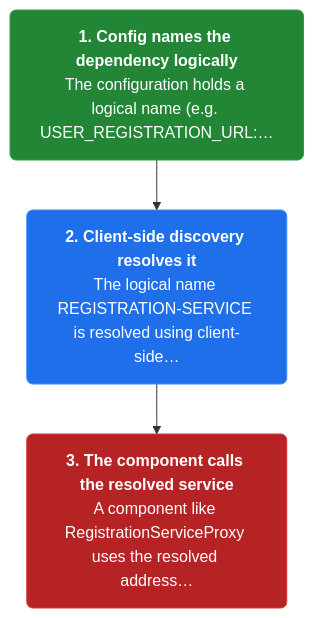
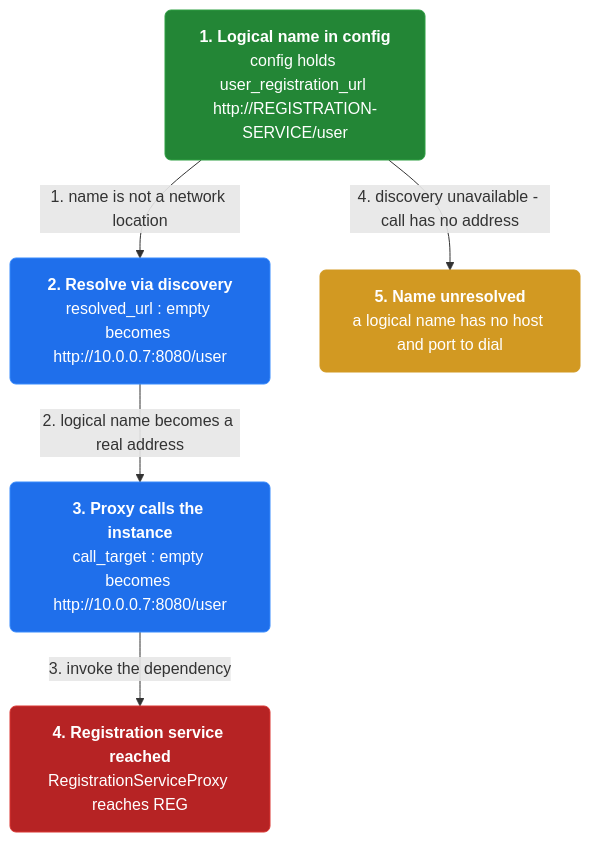
One commit to vinayakuber/microservices-io-study-guide changed the third of 3 diagrams in docs/ch29-externalized-configuration.md. Above: the diagram before and after it, drawn with Mermaid. The commit also changed other lines of this file and 46 other files, not shown here.

First line of the commit message:
Author rich branching flow diagrams for all 44 chapters

````diff
--- a/docs/ch29-externalized-configuration.md
+++ b/docs/ch29-externalized-configuration.md
@@ -92,11 +109,17 @@
 ```mermaid
 flowchart TD
-  classDef step fill:#1f6feb,color:#ffffff,stroke:#388bfd,stroke-width:1px,rx:6
+  classDef step fill:#1f6feb,color:#ffffff,stroke:#388bfd,rx:6
+  classDef core fill:#8250df,color:#ffffff,stroke:#8250df,rx:6
+  classDef warn fill:#d29922,color:#ffffff,stroke:#d29922,rx:6
   classDef start fill:#238636,color:#ffffff,stroke:#2ea043,rx:6
   classDef stop fill:#b62324,color:#ffffff,stroke:#da3633,rx:6
-  s2n0["<b>1. Config names the dependency logically</b><br/>The configuration holds a logical name (e.g. USER_REGISTRATION_URL:…"]:::start
-  s2n1["<b>2. Client-side discovery resolves it</b><br/>The logical name REGISTRATION-SERVICE is resolved using client-side…"]:::step
-  s2n2["<b>3. The component calls the resolved service</b><br/>A component like RegistrationServiceProxy uses the resolved address…"]:::stop
-  s2n0 --> s2n1
-  s2n1 --> s2n2
+  n0["<b>1. Logical name in config</b><br/>config holds user_registration_url http://REGISTRATION-SERVICE/user"]:::start
+  n1["<b>2. Resolve via discovery</b><br/>resolved_url : empty becomes http://10.0.0.7:8080/user"]:::step
+  n2["<b>3. Proxy calls the instance</b><br/>call_target : empty becomes http://10.0.0.7:8080/user"]:::step
+  n3["<b>4. Registration service reached</b><br/>RegistrationServiceProxy reaches REG"]:::stop
+  n4["<b>5. Name unresolved</b><br/>a logical name has no host and port to dial"]:::warn
+  n0 -->|"1. name is not a network location"| n1
+  n1 -->|"2. logical name becomes a real address"| n2
+  n2 -->|"3. invoke the dependency"| n3
+  n0 -->|"4. discovery unavailable - call has no address"| n4
 ```
````
